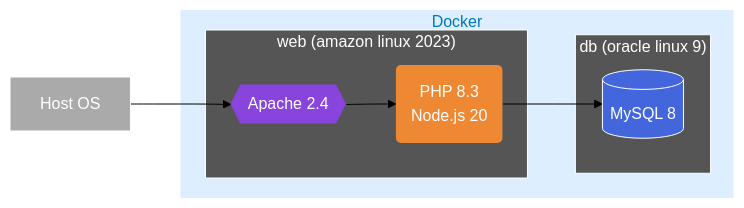
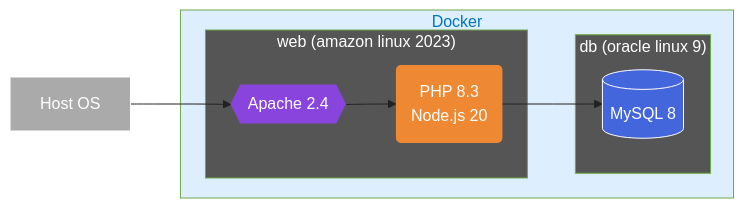
The diagram in README.md (gmdr1024/laravel-docker), drawn with Mermaid (forest theme) before and after one commit.

Commit message:
Update README.md
#9

````diff
--- a/README.md
+++ b/README.md
@@ -6,41 +6,45 @@
 ```mermaid
 flowchart LR
 
 %%外部要素
 OU1[Host OS]
 
 %%グループとサービス
 subgraph GS[Docker]
   subgraph GV["web (amazon linux 2023)"]
     NW1{{"Apache 2.4"}}
     CP1("PHP 8.3<br>Node.js 20")
   end
   subgraph GV2["db (oracle linux 9)"]
     DB1[("MySQL 8")]
   end
 end
 
 %%サービス同士の関係
 OU1 --> NW1
 NW1 --> CP1
 CP1 --> DB1
 
+linkStyle 0 stroke:#222
+linkStyle 1 stroke:#222
+linkStyle 2 stroke:#222
+
 %%グループのスタイル
-classDef SGS fill:#def,color:#07b,stroke:none
-classDef SGV fill:#555,color:#fff,stroke:#fff
+classDef SGS fill:#def,color:#07b,stroke:07b
+classDef SGV fill:#555,color:#fff,stroke:#none
 
 class GS SGS
 class GV SGV
 class GV2 SGV
 
 %%サービスのスタイル
 classDef SOU fill:#aaa,color:#fff,stroke:#fff
 classDef SNW fill:#84d,color:#fff,stroke:none
 classDef SCP fill:#e83,color:#fff,stroke:none
 classDef SDB fill:#46d,color:#fff,stroke:#fff
 
 class OU1 SOU
 class NW1 SNW
 class CP1 SCP
 class DB1 SDB
 ```
````
